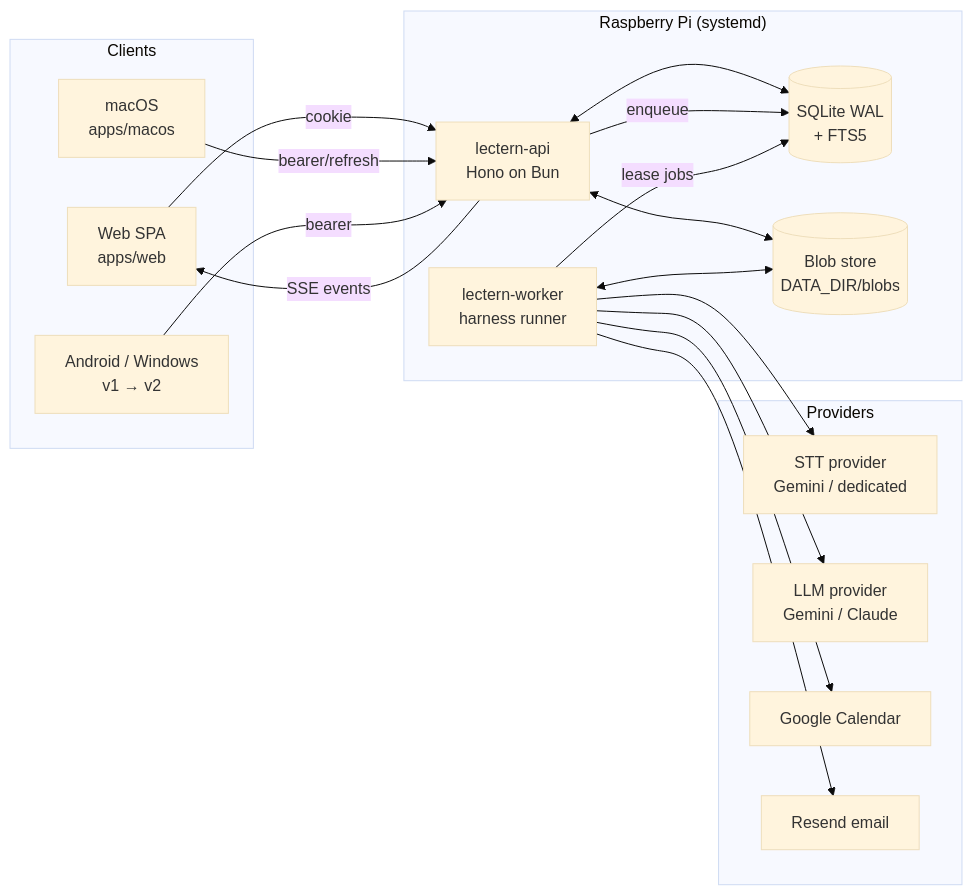
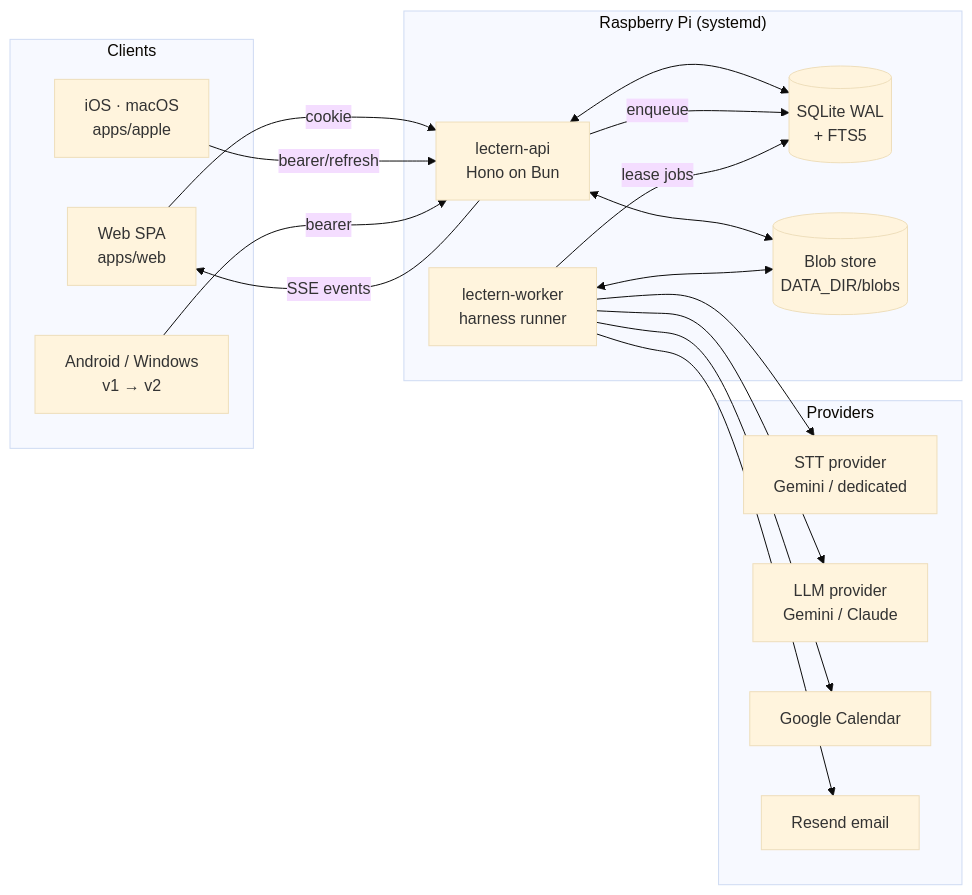
The first of 2 diagrams in docs/v2/ARCHITECTURE.md (eunhhu/lectern), drawn with Mermaid (base theme) before and after one commit. The commit also changed other lines of this file and 5 other files, not shown here.

````diff
--- a/docs/v2/ARCHITECTURE.md
+++ b/docs/v2/ARCHITECTURE.md
@@ -61,33 +61,33 @@
 ```mermaid
 flowchart LR
   subgraph Clients
     W[Web SPA<br/>apps/web]
-    M[macOS<br/>apps/macos]
+    M[iOS · macOS<br/>apps/apple]
     A[Android / Windows<br/>v1 → v2]
   end
   subgraph Host["Raspberry Pi (systemd)"]
     API[lectern-api<br/>Hono on Bun]
     WK[lectern-worker<br/>harness runner]
     DB[(SQLite WAL<br/>+ FTS5)]
     BL[(Blob store<br/>DATA_DIR/blobs)]
   end
   subgraph Providers
     STT[STT provider<br/>Gemini / dedicated]
     LLM[LLM provider<br/>Gemini / Claude]
     GC[Google Calendar]
     RS[Resend email]
   end
   W -- cookie --> API
   M -- bearer/refresh --> API
   A -- bearer --> API
   API <--> DB
   API <--> BL
   API -- enqueue --> DB
   WK -- lease jobs --> DB
   WK <--> BL
   WK --> STT
   WK --> LLM
   WK --> GC
   WK --> RS
   API -- SSE events --> W
 ```
````
